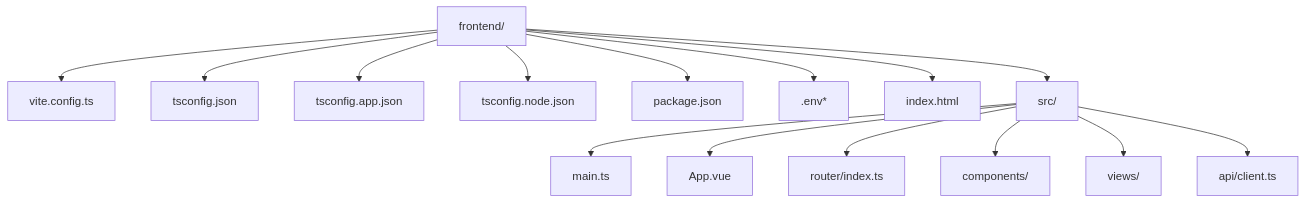
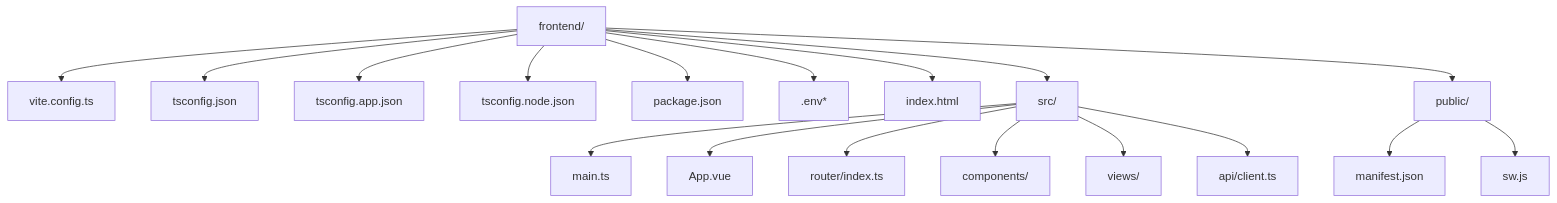
One commit to xufuyu/Lumen changed the first of 7 diagrams in .qoder/repowiki/zh/content/系统架构/前端架构设计/构建配置优化.md. Above: the diagram before and after it, drawn with Mermaid. The commit also changed other lines of this file and 36 other files, not shown here.

````diff
--- a/.qoder/repowiki/zh/content/系统架构/前端架构设计/构建配置优化.md
+++ b/.qoder/repowiki/zh/content/系统架构/前端架构设计/构建配置优化.md
@@ -46,17 +58,20 @@
 ```mermaid
 graph TB
 A["frontend/"] --> B["vite.config.ts"]
 A --> C["tsconfig.json"]
 A --> D["tsconfig.app.json"]
 A --> E["tsconfig.node.json"]
 A --> F["package.json"]
 A --> G[".env*"]
 A --> H["index.html"]
 A --> I["src/"]
-I --> J["main.ts"]
-I --> K["App.vue"]
-I --> L["router/index.ts"]
-I --> M["components/"]
-I --> N["views/"]
-I --> O["api/client.ts"]
+A --> J["public/"]
+I --> K["main.ts"]
+I --> L["App.vue"]
+I --> M["router/index.ts"]
+I --> N["components/"]
+I --> O["views/"]
+I --> P["api/client.ts"]
+J --> Q["manifest.json"]
+J --> R["sw.js"]
 ```
````
